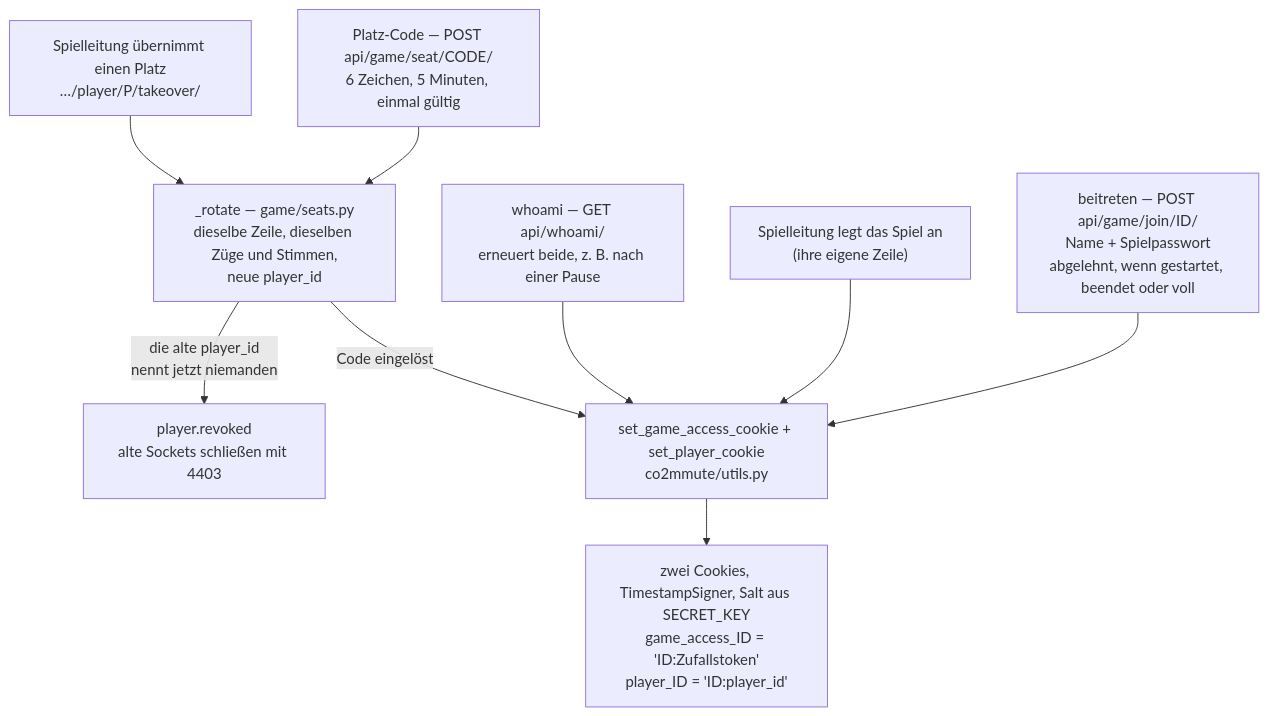
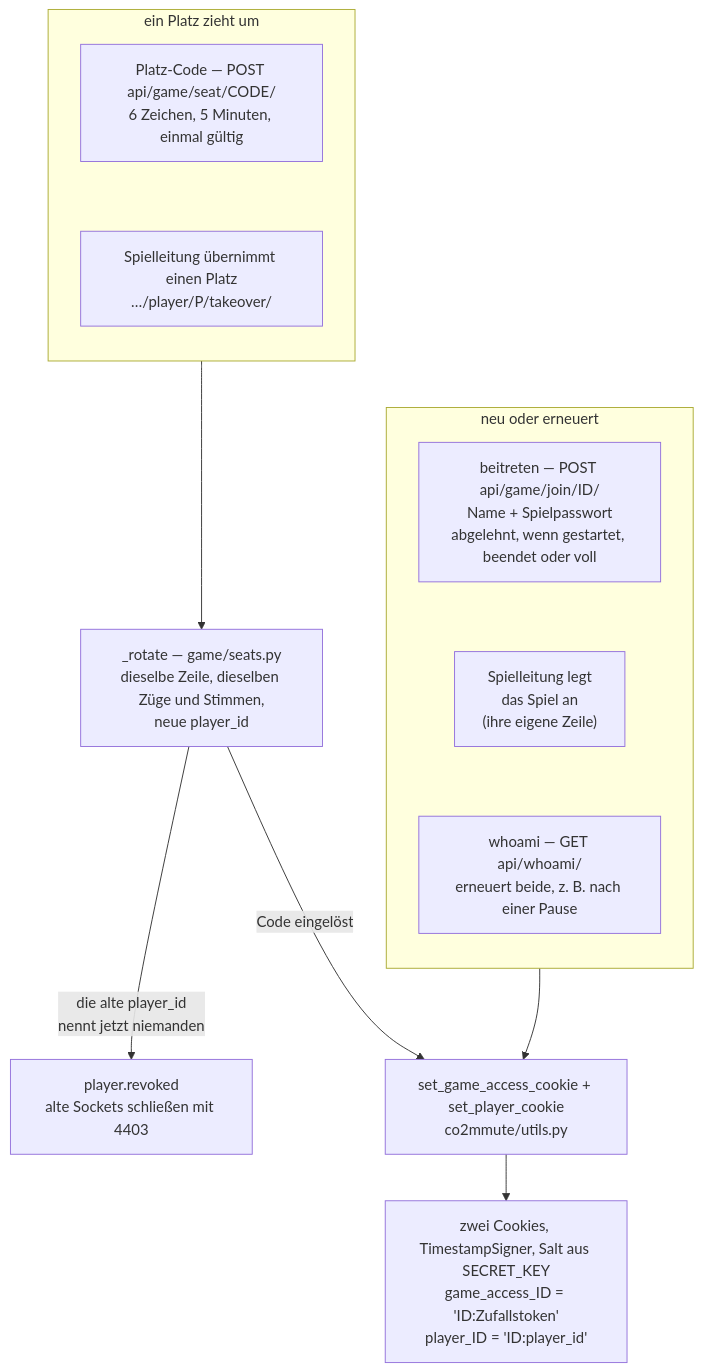
Before and after one commit to luke-hirsch/co2mmute: the third of 12 diagrams in docs/de-flowcharts.md, drawn with Mermaid. The commit also changed other lines of this file and 16 other files, not shown here.

````diff
--- a/docs/de-flowcharts.md
+++ b/docs/de-flowcharts.md
@@ -112,21 +115,25 @@
 ```mermaid
 flowchart TD
-    join["beitreten — POST api/game/join/ID/<br>Name + Spielpasswort<br>abgelehnt, wenn gestartet, beendet oder voll"]
-    create["Spielleitung legt das Spiel an<br>(ihre eigene Zeile)"]
-    whoami["whoami — GET api/whoami/<br>erneuert beide, z. B. nach einer Pause"]
-    code["Platz-Code — POST api/game/seat/CODE/<br>6 Zeichen, 5 Minuten, einmal gültig"]
-    takeover["Spielleitung übernimmt einen Platz<br>…/player/P/takeover/"]
+    subgraph move["ein Platz zieht um"]
+        direction TB
+        code["Platz-Code — POST api/game/seat/CODE/<br>6 Zeichen, 5 Minuten, einmal gültig"]
+        takeover["Spielleitung übernimmt einen Platz<br>…/player/P/takeover/"]
+        code ~~~ takeover
+    end
+    subgraph fresh["neu oder erneuert"]
+        direction TB
+        join["beitreten — POST api/game/join/ID/<br>Name + Spielpasswort<br>abgelehnt, wenn gestartet, beendet oder voll"]
+        create["Spielleitung legt<br>das Spiel an<br>(ihre eigene Zeile)"]
+        whoami["whoami — GET api/whoami/<br>erneuert beide, z. B. nach einer Pause"]
+        join ~~~ create ~~~ whoami
+    end
 
-    code --> rotate
-    takeover --> rotate
+    move --> rotate
     rotate["_rotate — game/seats.py<br>dieselbe Zeile, dieselben Züge und Stimmen,<br>neue player_id"]
     rotate -->|"die alte player_id<br>nennt jetzt niemanden"| revoked["player.revoked<br>alte Sockets schließen mit 4403"]
-
-    join --> mint
-    create --> mint
-    whoami --> mint
     rotate -->|"Code eingelöst"| mint
+    fresh --> mint
 
     mint["set_game_access_cookie + set_player_cookie<br>co2mmute/utils.py"]
     mint --> cookies["zwei Cookies, TimestampSigner, Salt aus SECRET_KEY<br>game_access_ID = 'ID:Zufallstoken'<br>player_ID = 'ID:player_id'"]
 ```
````
